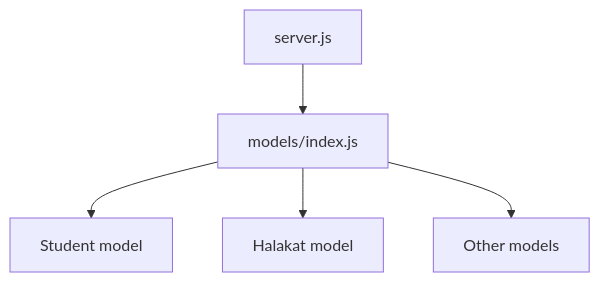
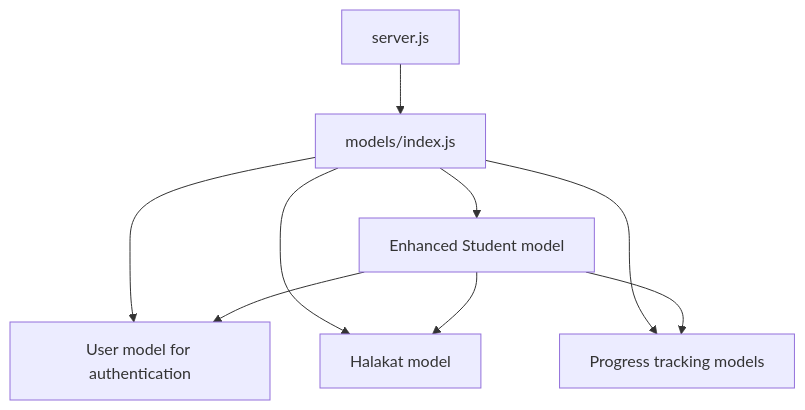
One commit to Mreng78/khirocom_project changed the seventh of 7 diagrams in .qoder/repowiki/en/content/Database Design/Student Model.md. Above: the diagram before and after it, drawn with Mermaid. The commit also changed other lines of this file and 13 other files, not shown here.

````diff
--- a/.qoder/repowiki/en/content/Database Design/Student Model.md
+++ b/.qoder/repowiki/en/content/Database Design/Student Model.md
@@ -236,7 +332,11 @@
 ```mermaid
 graph TB
 Server["server.js"] --> ModelsIndex["models/index.js"]
-ModelsIndex --> Student["Student model"]
+ModelsIndex --> Student["Enhanced Student model"]
+ModelsIndex --> User["User model for authentication"]
 ModelsIndex --> Halakat["Halakat model"]
-ModelsIndex --> Others["Other models"]
+ModelsIndex --> ProgressModels["Progress tracking models"]
+Student --> User
+Student --> Halakat
+Student --> ProgressModels
 ```
````
